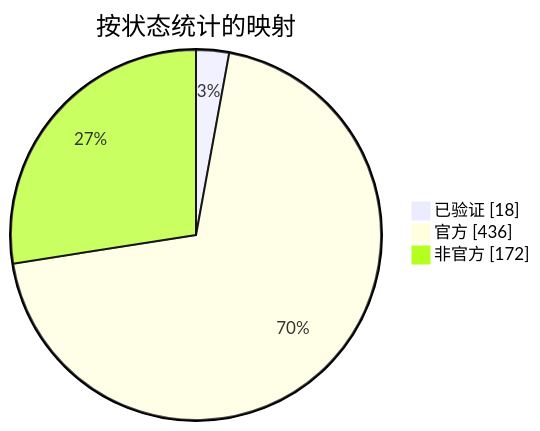
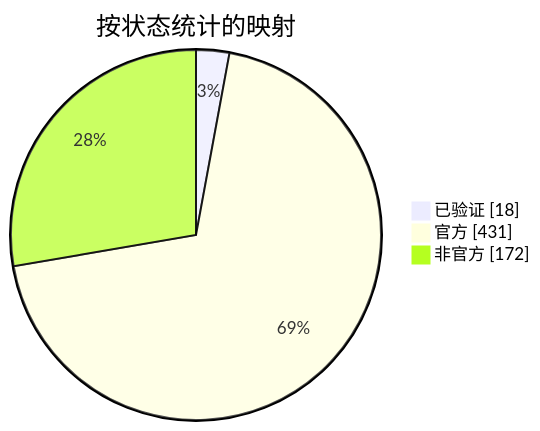
One commit to nobrega8/mbmap-library changed the diagram in docs/readme/README_ZHS.md. Above: the diagram before and after it, drawn with Mermaid. The commit also changed 14 other files, not shown here.

````diff
--- a/docs/readme/README_ZHS.md
+++ b/docs/readme/README_ZHS.md
@@ -54,7 +54,7 @@
 ```mermaid
 pie showData
     title 按状态统计的映射
     "已验证" : 18
-    "官方" : 436
+    "官方" : 431
     "非官方" : 172
 ```
````
